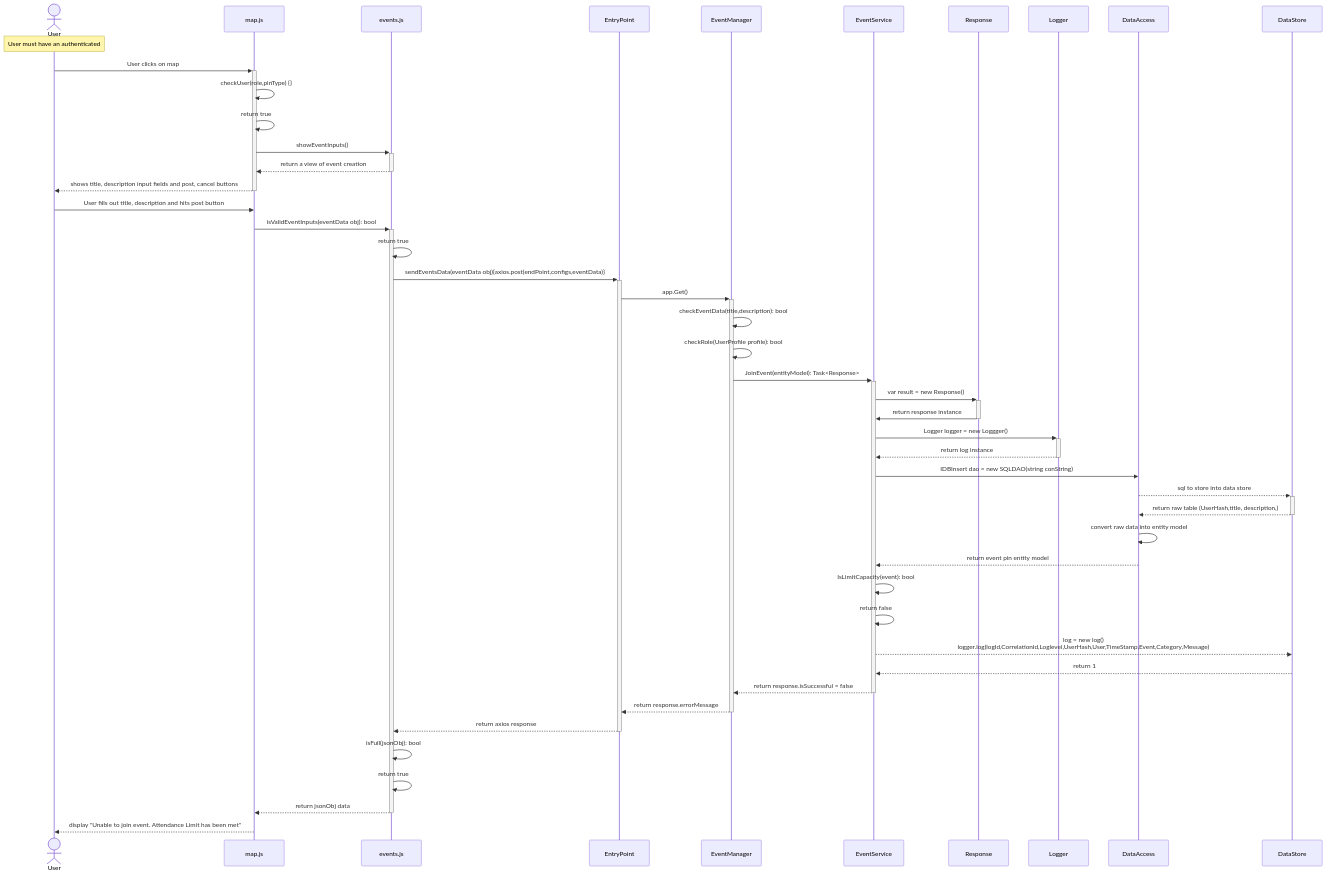
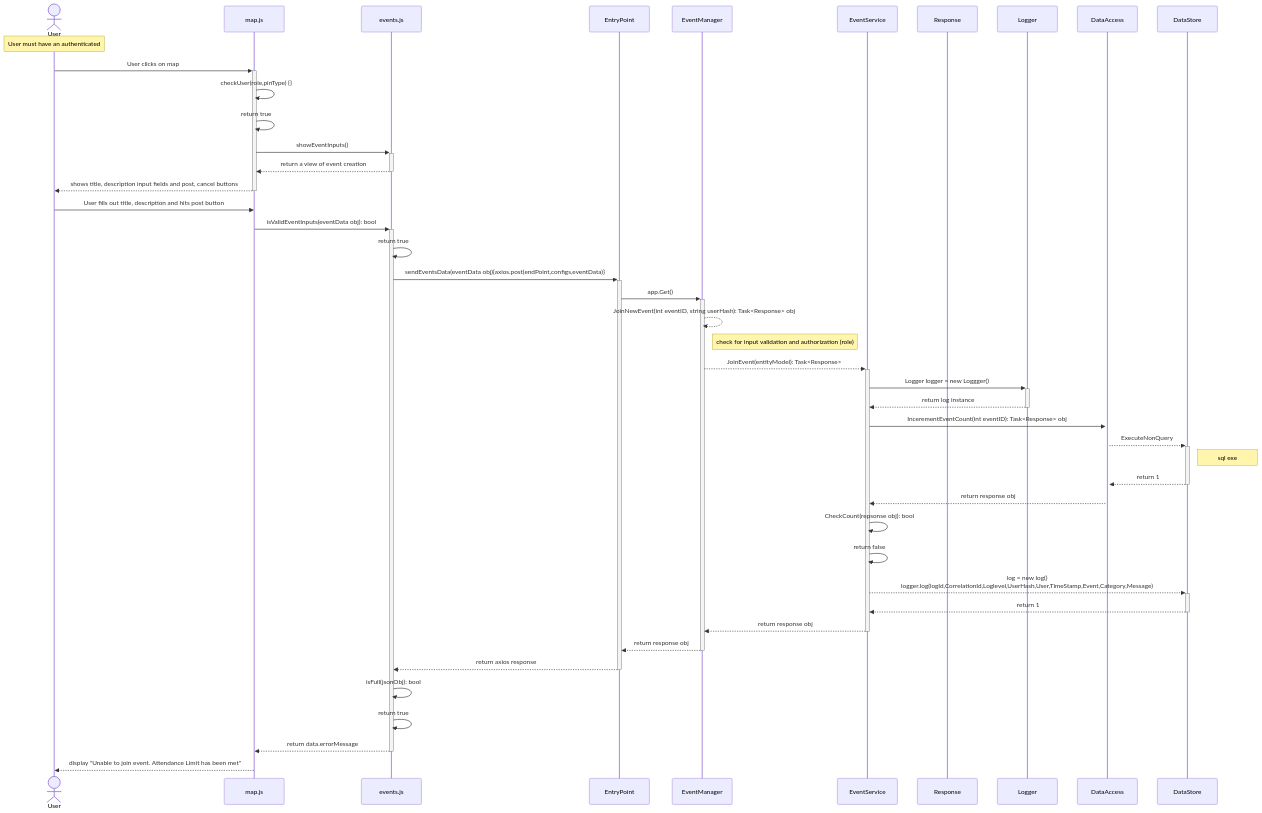
Before and after one commit to JosephArmas/cecs-491A-Team-Big-Data: the diagram in events/failures/event-joining-fail.md, drawn with Mermaid. The commit also changed 10 other files, not shown here.

````diff
--- a/events/failures/event-joining-fail.md
+++ b/events/failures/event-joining-fail.md
@@ -3,49 +3,47 @@
 ```mermaid
 sequenceDiagram
     actor User
     participant map.js
     participant events.js
     participant EntryPoint
     participant EventManager
     participant EventService
     participant Response
     participant Logger
     participant DataAccess
     participant DataStore
     note over User: User must have an authenticated 
     User->>+map.js: User clicks on map
     map.js->>map.js: checkUser(role,pinType) {} 
     map.js->>map.js: return true
     map.js->>+events.js: showEventInputs()
     events.js-->>-map.js: return a view of event creation 
     map.js-->>-User: shows title, description input fields and post, cancel buttons 
     User ->> map.js: User fills out title, description and hits post button 
     map.js ->>+events.js: isValidEventInputs(eventData obj): bool
     events.js->>events.js: return true
     events.js->>+EntryPoint: sendEventsData(eventData obj){axios.post(endPoint,configs,eventData)}
     EntryPoint->>+EventManager: app.Get()
-    EventManager->>EventManager: checkEventData(title,description): bool
-    EventManager->>EventManager: checkRole(UserProfile profile): bool
-    EventManager->>+EventService: JoinEvent(entityModel): Task<Response> 
-    EventService->>+Response: var result = new Response()
-    Response->>-EventService: return response instance
+    EventManager-->>EventManager: JoinNewEvent(int eventID, string userHash): Task<Response> obj
+    note right of EventManager: check for input validation and authorization (role)
+    EventManager-->>+EventService: JoinEvent(entityModel): Task<Response> 
     EventService->>+Logger: Logger logger = new Loggger() 
     Logger-->>-EventService: return log instance
-    EventService->>DataAccess: IDBInsert dao = new SQLDAO(string conString)
-    DataAccess-->>+DataStore: sql to store into data store
-    DataStore-->>-DataAccess: return raw table (UserHash,title, description,)
-    DataAccess->>DataAccess: convert raw data into entity model
-    DataAccess-->>EventService: return event pin entity model 
-    EventService->>EventService: IsLimitCapacity(event): bool 
+    EventService->>+DataAccess: IncerementEventCount(int eventID): Task<Response> obj
+    DataAccess-->>+DataStore: ExecuteNonQuery
+    note right of DataStore: sql exe
+    DataStore-->>-DataAccess: return 1
+    DataAccess-->>EventService: return response obj
+    EventService->>EventService: CheckCount(repsonse obj): bool 
     EventService->>EventService: return false
-    EventService-->>DataStore: log = new log()<br> logger.log(logId,CorrelationId,Loglevel,UserHash,User,TimeStamp,Event,Category,Message)
-    DataStore-->>EventService: return 1
-    EventService-->>-EventManager: return response.isSuccessful = false
-    EventManager-->>-EntryPoint: return response.errorMessage
+    EventService-->>+DataStore: log = new log()<br> logger.log(logId,CorrelationId,Loglevel,UserHash,User,TimeStamp,Event,Category,Message)
+    DataStore-->>-EventService: return 1
+    EventService-->>-EventManager: return response obj
+    EventManager-->>-EntryPoint: return response obj
     EntryPoint-->>-events.js: return axios response
     events.js->>events.js: isFull(jsonObj): bool
     events.js->>events.js: return true
-    events.js-->>-map.js: return jsonObj data  
+    events.js-->>-map.js: return data.errorMessage
     map.js-->>User: display "Unable to join event. Attendance Limit has been met"
 
 ```
````
